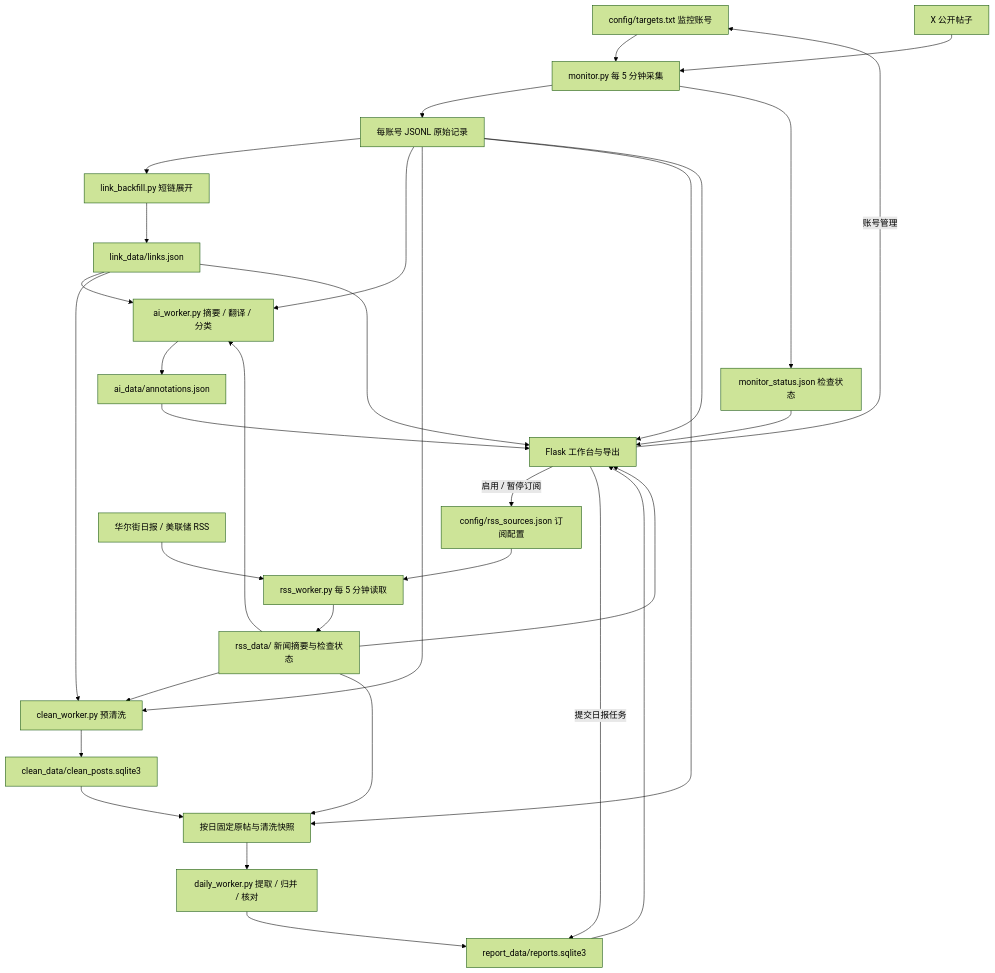
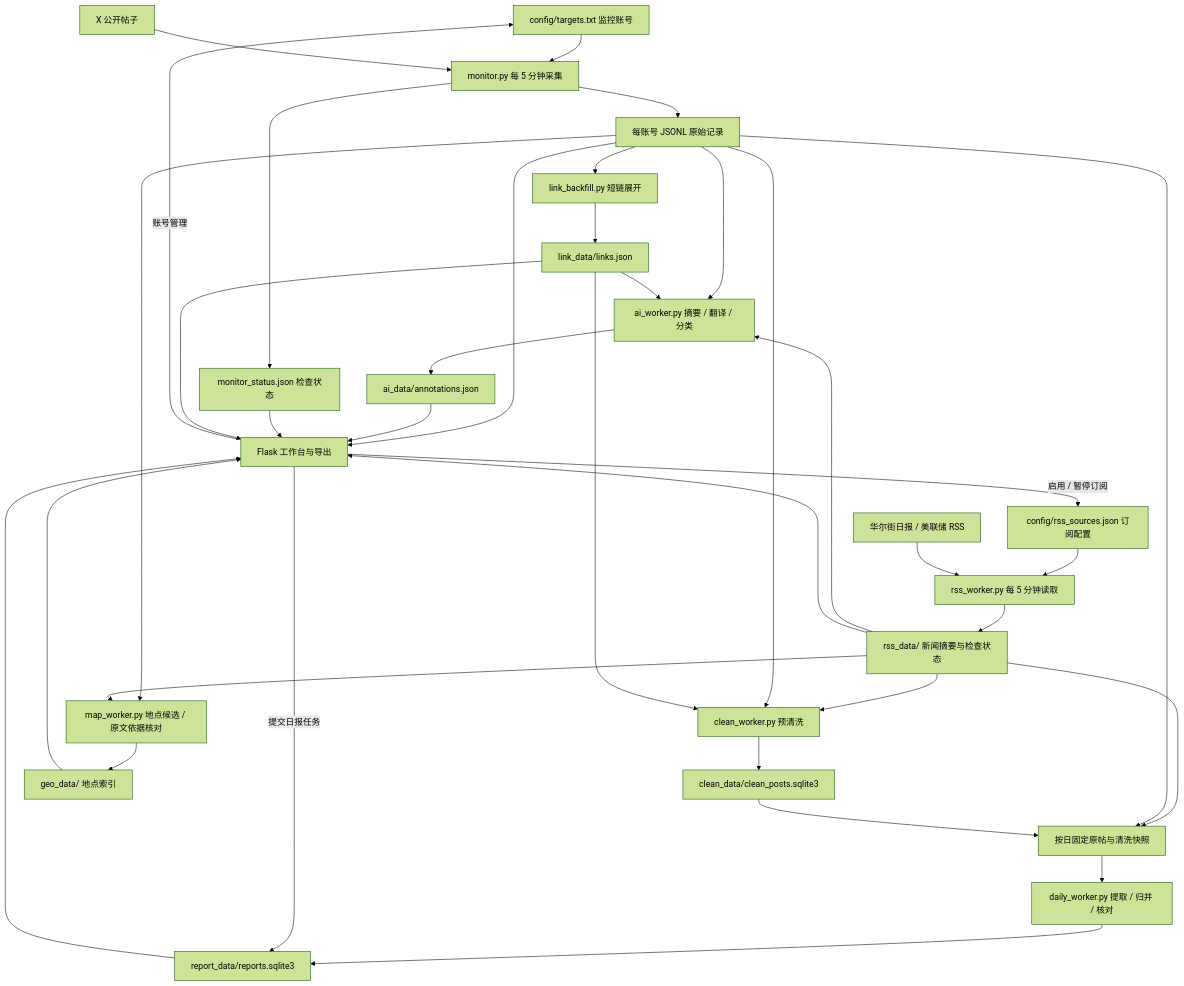
One commit to mmQuo/x-monitor changed the diagram in docs/architecture.md. Above: the diagram before and after it, drawn with Mermaid (forest theme). The commit also changed other lines of this file and 24 other files, not shown here.

Commit message:
Add a dedicated event map with evidence-backed locations

````diff
--- a/docs/architecture.md
+++ b/docs/architecture.md
@@ -5,34 +5,38 @@
 ```mermaid
 flowchart TD
     targets[config/targets.txt 监控账号] --> monitor[monitor.py 每 5 分钟采集]
     x[X 公开帖子] --> monitor
     monitor --> raw[每账号 JSONL 原始记录]
     monitor --> status[monitor_status.json 检查状态]
     rssconfig[config/rss_sources.json 订阅配置] --> rss[rss_worker.py 每 5 分钟读取]
     feeds[华尔街日报 / 美联储 RSS] --> rss
     rss --> rssraw[rss_data/ 新闻摘要与检查状态]
     rssraw --> ai
     rssraw --> clean
     rssraw --> snapshot
     rssraw --> web
     raw --> links[link_backfill.py 短链展开]
     links --> linkcache[link_data/links.json]
     raw --> ai[ai_worker.py 摘要 / 翻译 / 分类]
     linkcache --> ai
     ai --> annotations[ai_data/annotations.json]
     raw --> clean[clean_worker.py 预清洗]
     linkcache --> clean
     clean --> cache[clean_data/clean_posts.sqlite3]
     raw --> snapshot[按日固定原帖与清洗快照]
     cache --> snapshot
     snapshot --> daily[daily_worker.py 提取 / 归并 / 核对]
     daily --> reports[report_data/reports.sqlite3]
     raw --> web[Flask 工作台与导出]
+    raw --> geo[map_worker.py 地点候选 / 原文依据核对]
+    rssraw --> geo
+    geo --> locations[geo_data/ 地点索引]
+    locations --> web
     annotations --> web
     status --> web
     linkcache --> web
     reports --> web
     web -->|账号管理| targets
     web -->|启用 / 暂停订阅| rssconfig
     web -->|提交日报任务| reports
 ```
````
